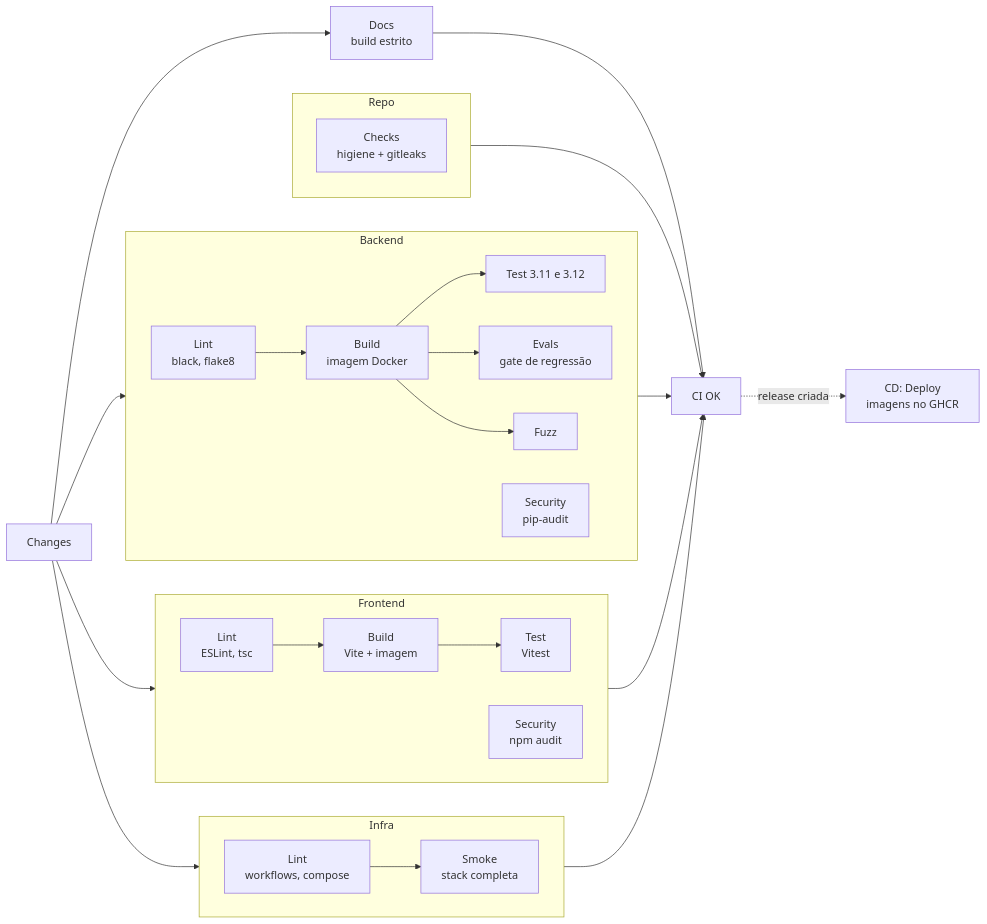
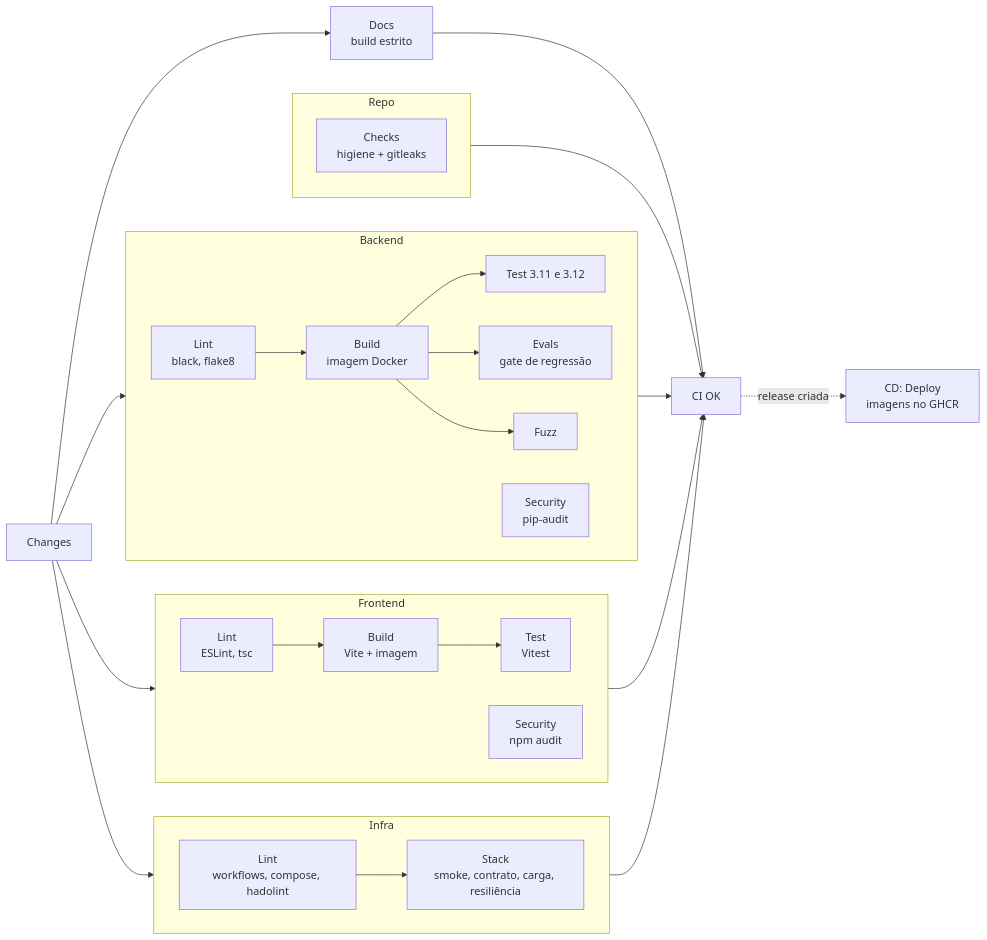
The diagram in docs/development/devops.md (conformia-bndes/conformia-platform), drawn with Mermaid before and after one commit. The commit also changed other lines of this file and 28 other files, not shown here.

````diff
--- a/docs/development/devops.md
+++ b/docs/development/devops.md
@@ -38,31 +38,31 @@
 ```mermaid
 flowchart LR
     changes["Changes"] --> Backend & Frontend & Infra & docs
     subgraph Repo
         rc["Checks<br/>higiene + gitleaks"]
     end
     subgraph Backend
         direction LR
         bl["Lint<br/>black, flake8"] --> bb["Build<br/>imagem Docker"]
         bb --> bt["Test 3.11 e 3.12"]
         bb --> be["Evals<br/>gate de regressão"]
         bb --> bf["Fuzz"]
         bs["Security<br/>pip-audit"]
     end
     subgraph Frontend
         direction LR
         fl["Lint<br/>ESLint, tsc"] --> fb["Build<br/>Vite + imagem"]
         fb --> ft["Test<br/>Vitest"]
         fs["Security<br/>npm audit"]
     end
     subgraph Infra
         direction LR
-        il["Lint<br/>workflows, compose"] --> im["Smoke<br/>stack completa"]
+        il["Lint<br/>workflows, compose, hadolint"] --> im["Stack<br/>smoke, contrato, carga, resiliência"]
     end
     Repo --> ok["CI OK"]
     Backend --> ok
     Frontend --> ok
     Infra --> ok
     docs["Docs<br/>build estrito"] --> ok
     ok -.->|release criada| cd["CD: Deploy<br/>imagens no GHCR"]
 ```
````
